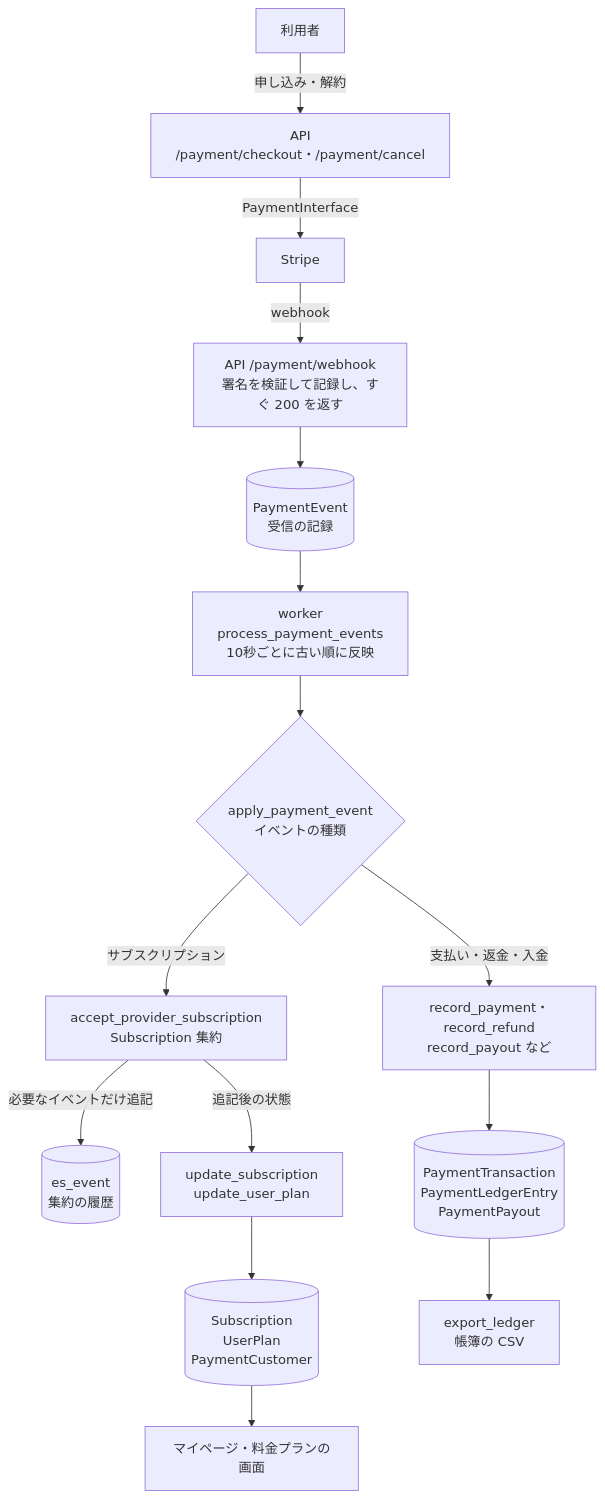
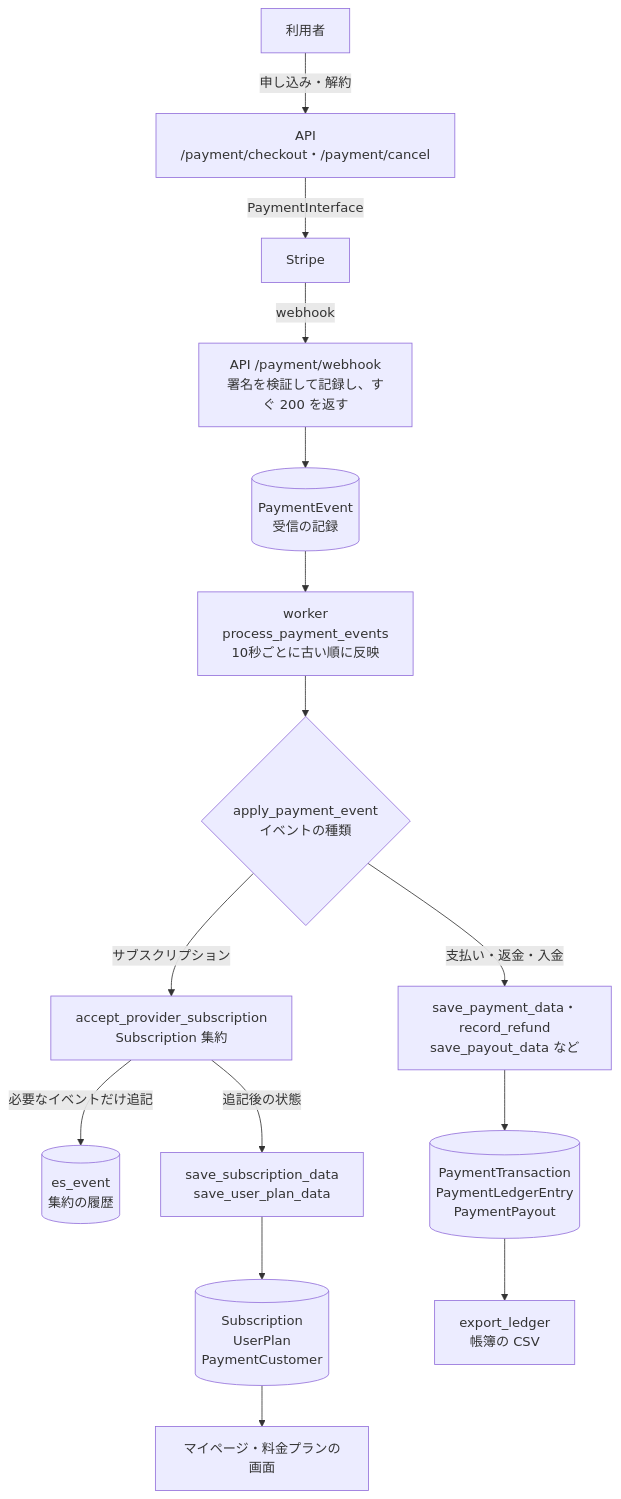
One commit to ANFINII/MyUs changed the diagram in docs/myus.md. Above: the diagram before and after it, drawn with Mermaid. The commit also changed 23 other files, not shown here.

First line of the commit message:
【back】usecase の _convert.py で injector を使う関数を _data で終え、書き込む関数の動詞を save にそろえる (#1223)

````diff
--- a/docs/myus.md
+++ b/docs/myus.md
@@ -252,20 +252,20 @@
 ```mermaid
 flowchart TB
     User[利用者] -->|申し込み・解約| API["API<br/>/payment/checkout・/payment/cancel"]
     API -->|PaymentInterface| Stripe[Stripe]
     Stripe -->|webhook| Webhook["API /payment/webhook<br/>署名を検証して記録し、すぐ 200 を返す"]
     Webhook --> PE[(PaymentEvent<br/>受信の記録)]
     PE --> Worker["worker<br/>process_payment_events<br/>10秒ごとに古い順に反映"]
     Worker --> Apply{apply_payment_event<br/>イベントの種類}
 
     Apply -->|サブスクリプション| Command["accept_provider_subscription<br/>Subscription 集約"]
     Command -->|必要なイベントだけ追記| ES[(es_event<br/>集約の履歴)]
-    Command -->|追記後の状態| SubProj["update_subscription<br/>update_user_plan"]
+    Command -->|追記後の状態| SubProj["save_subscription_data<br/>save_user_plan_data"]
     SubProj --> SubTables[(Subscription<br/>UserPlan<br/>PaymentCustomer)]
 
-    Apply -->|支払い・返金・入金| PayProj["record_payment・record_refund<br/>record_payout など"]
+    Apply -->|支払い・返金・入金| PayProj["save_payment_data・record_refund<br/>save_payout_data など"]
     PayProj --> PayTables[(PaymentTransaction<br/>PaymentLedgerEntry<br/>PaymentPayout)]
 
     SubTables --> Screen[マイページ・料金プランの画面]
     PayTables --> Ledger[export_ledger<br/>帳簿の CSV]
 ```
````
